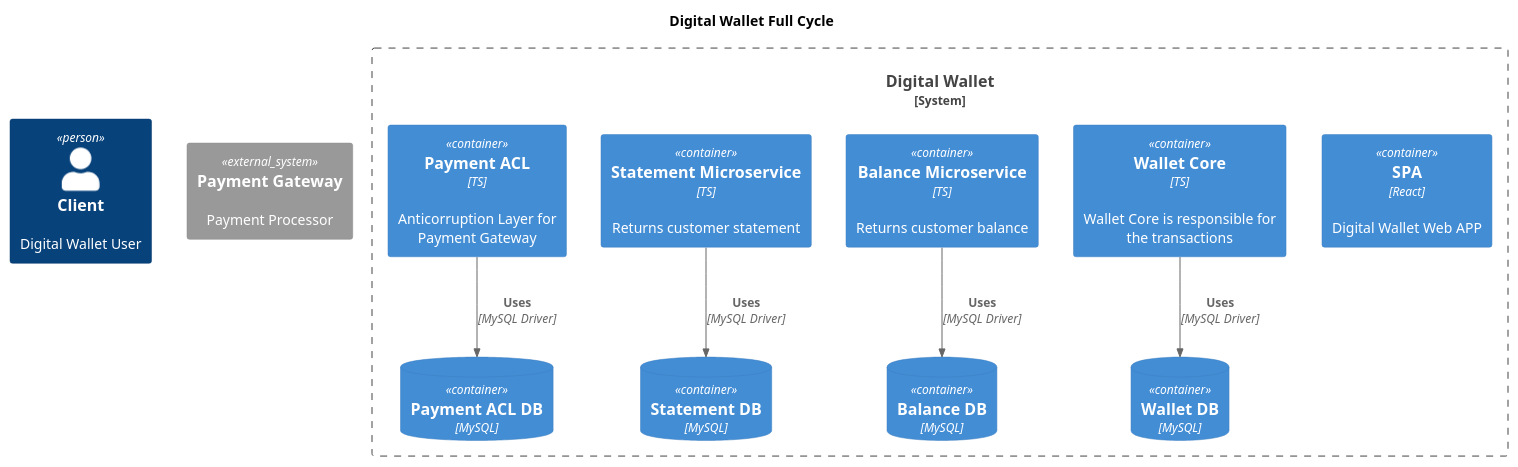
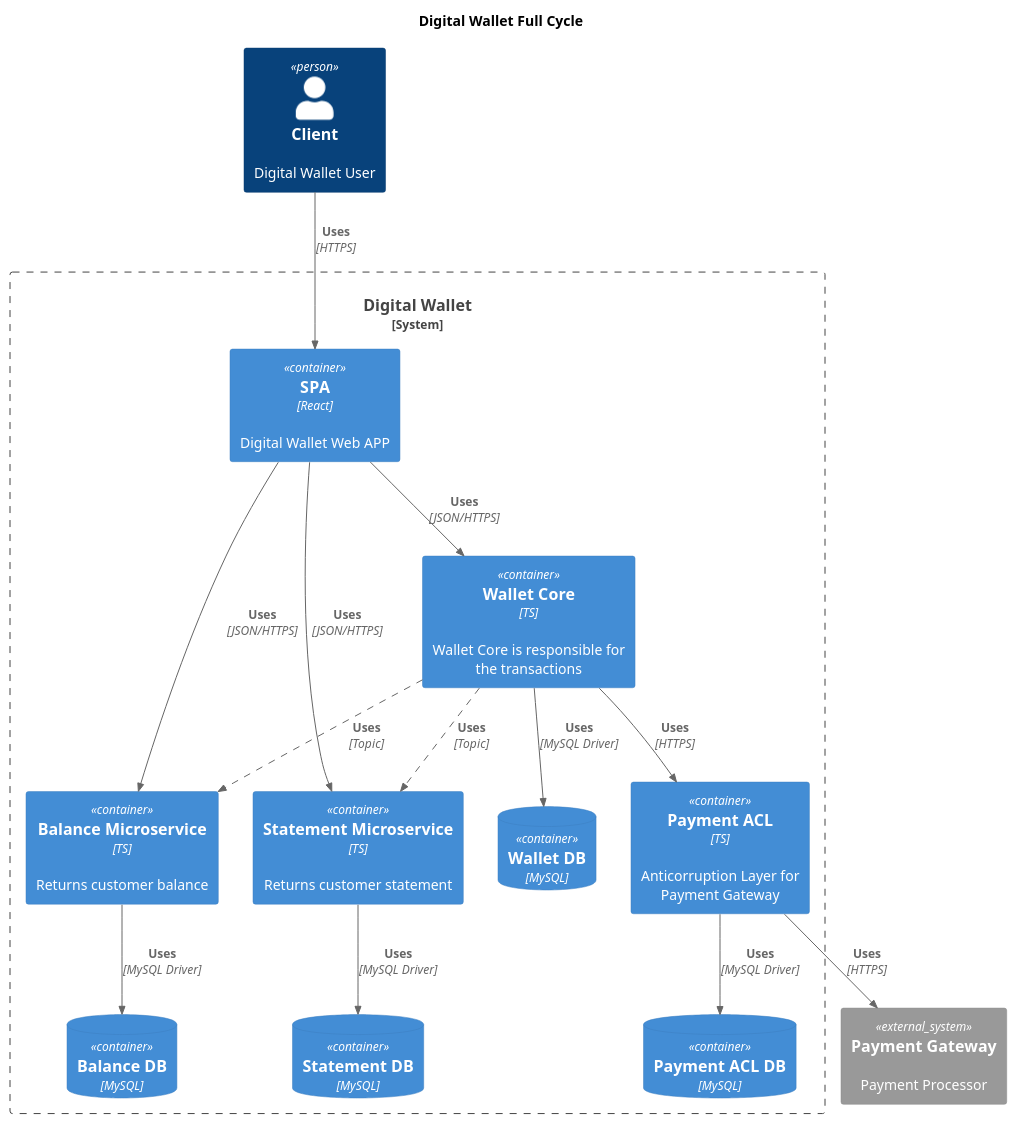
Before and after one commit to Sergio-Pedretti/TestePlantUMLDiagram: the diagram in containers.puml, drawn with PlantUML.

Commit message:
finish documentation throug pantUML

```diff
--- a/containers.puml
+++ b/containers.puml
@@ -1,32 +1,44 @@
 @startuml
 
  !include https://raw.githubusercontent.com/plantuml-stdlib/C4-PlantUML/master/C4_Container.puml
+ AddRelTag("async", $lineStyle = DashedLine())
 
  title "Digital Wallet Full Cycle"
 
  Person(client, "Client", "Digital Wallet User")
 
  System_Ext(payment_gateway, "Payment Gateway", "Payment Processor")
 
  System_Boundary(digital_wallet, "Digital Wallet") {
     Container(spa, "SPA", "React", "Digital Wallet Web APP")
     Container(wallet_core, "Wallet Core", "TS", "Wallet Core is responsible for the transactions")
     Container(balance_service, "Balance Microservice", "TS", "Returns customer balance")
     Container(statement_service, "Statement Microservice", "TS", "Returns customer statement")
     Container(payment_acl, "Payment ACL", "TS", "Anticorruption Layer for Payment Gateway")
 
     ContainerDb(wallet_core_db, "Wallet DB", "MySQL")
     Rel(wallet_core, wallet_core_db, "Uses", "MySQL Driver")
 
     ContainerDb(balance_db, "Balance DB", "MySQL")
     Rel(balance_service, balance_db, "Uses", "MySQL Driver")
 
     ContainerDb(statement_db, "Statement DB", "MySQL")
     Rel(statement_service, statement_db, "Uses", "MySQL Driver")
 
     ContainerDb(payment_acl_db, "Payment ACL DB", "MySQL")
     Rel(payment_acl, payment_acl_db, "Uses", "MySQL Driver")
+
+    Rel(client, spa, "Uses", "HTTPS")
+    Rel(spa, wallet_core, "Uses", "JSON/HTTPS")
+    Rel(spa, balance_service, "Uses", "JSON/HTTPS")
+    Rel(spa, statement_service, "Uses", "JSON/HTTPS")
+
+    Rel(wallet_core, payment_acl, "Uses", "HTTPS")
+    Rel(payment_acl, payment_gateway, "Uses", "HTTPS")
+
+    Rel(wallet_core, balance_service, "Uses", "Topic", $tags = "async")
+    Rel(wallet_core, statement_service , "Uses", "Topic", $tags = "async")
  }
 
 
 @enduml
```
